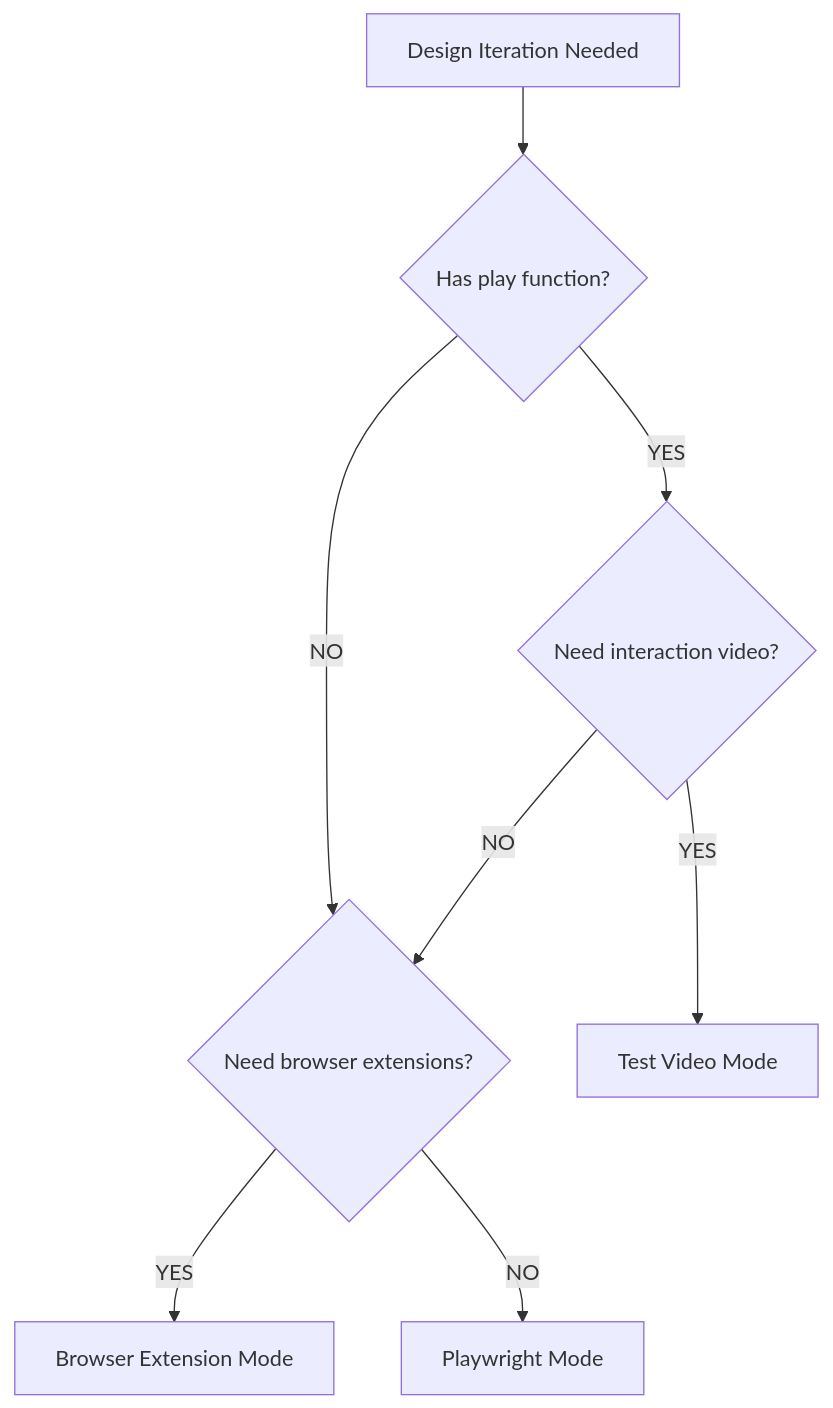
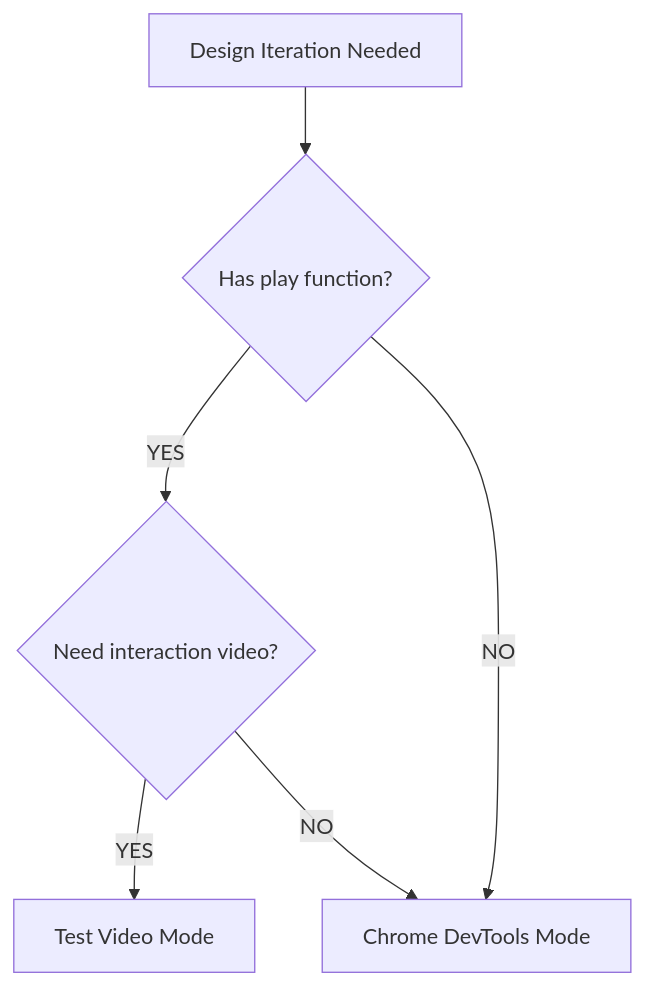
Before and after one commit to plaited/plaited: the diagram in .claude/skills/design-iteration/references/mode-selection.md, drawn with Mermaid. The commit also changed other lines of this file and 43 other files, not shown here.

````diff
--- a/.claude/skills/design-iteration/references/mode-selection.md
+++ b/.claude/skills/design-iteration/references/mode-selection.md
@@ -7,10 +7,8 @@
 ```mermaid
 flowchart TD
     A[Design Iteration Needed] --> B{Has play function?}
     B -->|YES| C{Need interaction video?}
-    B -->|NO| D{Need browser extensions?}
+    B -->|NO| D[Chrome DevTools Mode]
     C -->|YES| E[Test Video Mode]
     C -->|NO| D
-    D -->|YES| F[Browser Extension Mode]
-    D -->|NO| G[Playwright Mode]
 ```
````
